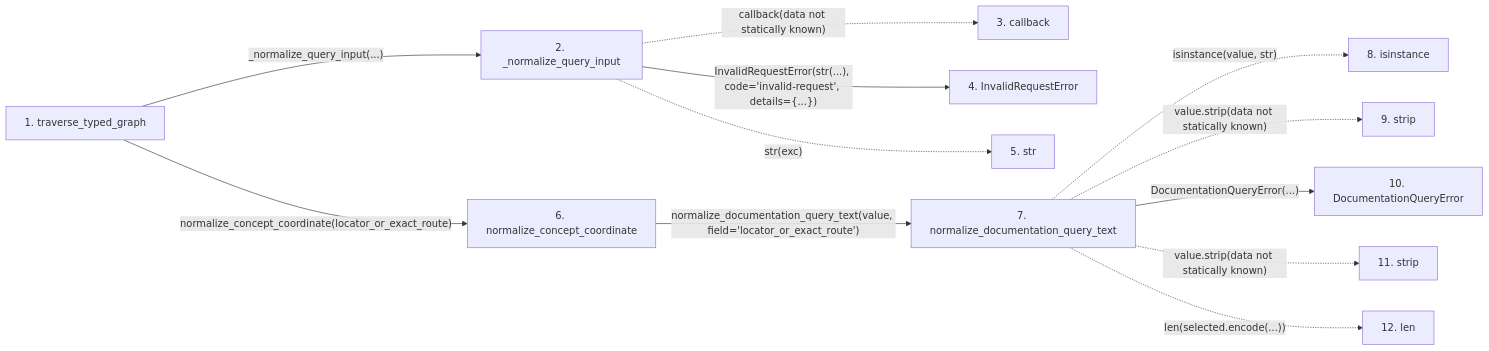
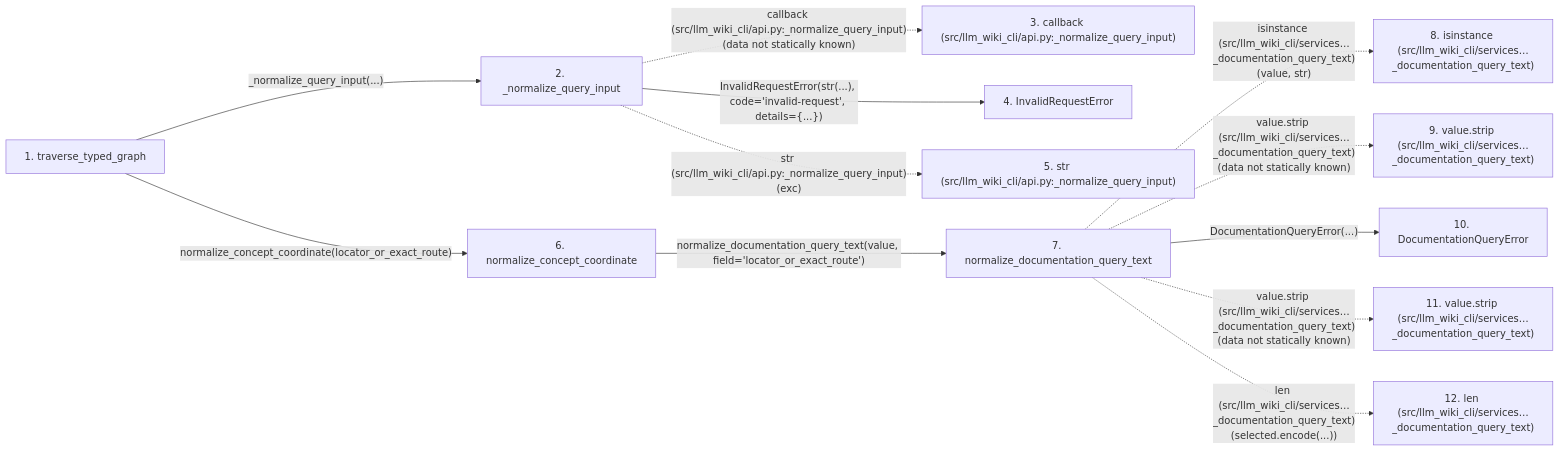
Before and after one commit to Denissvgn/python-wiki-llm: the second of 2 diagrams in docs/llm_wiki/flows/api-traverse_typed_graph.md, drawn with Mermaid. The commit also changed other lines of this file and 719 other files, not shown here.

````diff
--- a/docs/llm_wiki/flows/api-traverse_typed_graph.md
+++ b/docs/llm_wiki/flows/api-traverse_typed_graph.md
@@ -84,32 +91,32 @@
 ```mermaid
 flowchart LR
     s1["1. traverse_typed_graph"]
     s2["2. _normalize_query_input"]
-    s3["3. callback"]
+    s3["3. callback (src/llm_wiki_cli/api.py:_normalize_query_input)"]
     s4["4. InvalidRequestError"]
-    s5["5. str"]
+    s5["5. str (src/llm_wiki_cli/api.py:_normalize_query_input)"]
     s6["6. normalize_concept_coordinate"]
     s7["7. normalize_documentation_query_text"]
-    s8["8. isinstance"]
-    s9["9. strip"]
+    s8["8. isinstance (src/llm_wiki_cli/services…_documentation_query_text)"]
+    s9["9. value.strip (src/llm_wiki_cli/services…_documentation_query_text)"]
     s10["10. DocumentationQueryError"]
-    s11["11. strip"]
-    s12["12. len"]
+    s11["11. value.strip (src/llm_wiki_cli/services…_documentation_query_text)"]
+    s12["12. len (src/llm_wiki_cli/services…_documentation_query_text)"]
     s1 -->|"_normalize_query_input(...)"| s2
-    s2 -. "callback(data not statically known)" .-> s3
+    s2 -. "callback (src/llm_wiki_cli/api.py:_normalize_query_input)(data not statically known)" .-> s3
     s2 -->|"InvalidRequestError(str(...), code='invalid-request', details={...})"| s4
-    s2 -. "str(exc)" .-> s5
+    s2 -. "str (src/llm_wiki_cli/api.py:_normalize_query_input)(exc)" .-> s5
     s1 -->|"normalize_concept_coordinate(locator_or_exact_route)"| s6
     s6 -->|"normalize_documentation_query_text(value, field='locator_or_exact_route')"| s7
-    s7 -. "isinstance(value, str)" .-> s8
-    s7 -. "value.strip(data not statically known)" .-> s9
+    s7 -. "isinstance (src/llm_wiki_cli/services…_documentation_query_text)(value, str)" .-> s8
+    s7 -. "value.strip (src/llm_wiki_cli/services…_documentation_query_text)(data not statically known)" .-> s9
     s7 -->|"DocumentationQueryError(...)"| s10
-    s7 -. "value.strip(data not statically known)" .-> s11
-    s7 -. "len(selected.encode(...))" .-> s12
+    s7 -. "value.strip (src/llm_wiki_cli/services…_documentation_query_text)(data not statically known)" .-> s11
+    s7 -. "len (src/llm_wiki_cli/services…_documentation_query_text)(selected.encode(...))" .-> s12
     click s1 "../modules/api.md"
     click s2 "../modules/api.md"
     click s4 "../modules/api.md"
     click s6 "../modules/documentation_query_builder.md"
     click s7 "../modules/documentation_query_builder.md"
     click s10 "../modules/documentation_queries.md"
 ```
````
